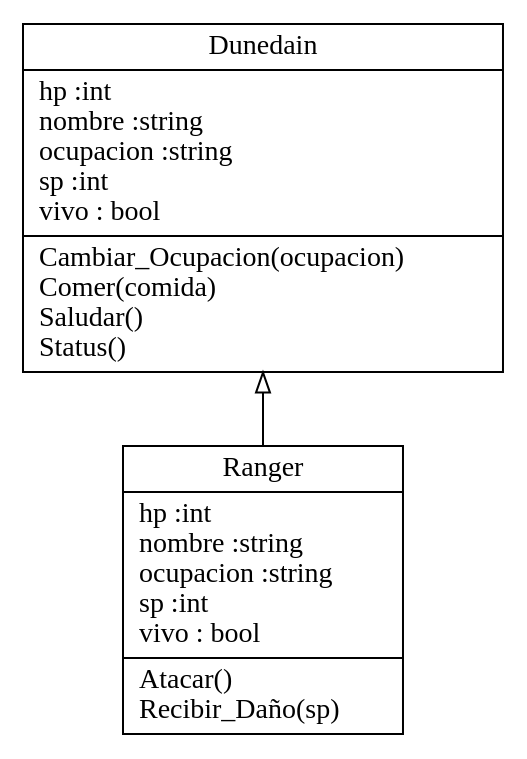
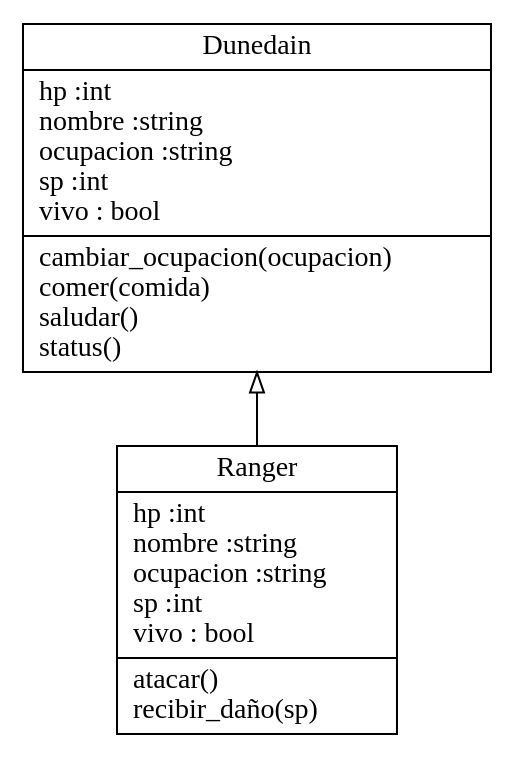
Before and after one commit to AnhellO/DAS_Sistemas: the diagram in Ago-Dic-2020/flores-fernandez-fernando/Practicas/Practica-2/classes.dot, drawn with Graphviz. The commit also changed 3 other files, not shown here.

Commit message:
Cambios clases y diagrama

```diff
--- a/Ago-Dic-2020/flores-fernandez-fernando/Practicas/Practica-2/classes.dot
+++ b/Ago-Dic-2020/flores-fernandez-fernando/Practicas/Practica-2/classes.dot
@@ -1,7 +1,7 @@
 digraph "classes" {
 charset="utf-8"
 rankdir=BT
-"0" [label="{Dunedain|hp :int\lnombre :string\locupacion :string\lsp :int\lvivo : bool\l|Cambiar_Ocupacion(ocupacion)\lComer(comida)\lSaludar()\lStatus()\l}", shape="record"];
-"1" [label="{Ranger|hp :int\lnombre :string\locupacion :string\lsp :int\lvivo : bool\l|Atacar()\lRecibir_Daño(sp)\l}", shape="record"];
+"0" [label="{Dunedain|hp :int\lnombre :string\locupacion :string\lsp :int\lvivo : bool\l|cambiar_ocupacion(ocupacion)\lcomer(comida)\lsaludar()\lstatus()\l}", shape="record"];
+"1" [label="{Ranger|hp :int\lnombre :string\locupacion :string\lsp :int\lvivo : bool\l|atacar()\lrecibir_daño(sp)\l}", shape="record"];
 "1" -> "0" [arrowhead="empty", arrowtail="none"];
 }
```
